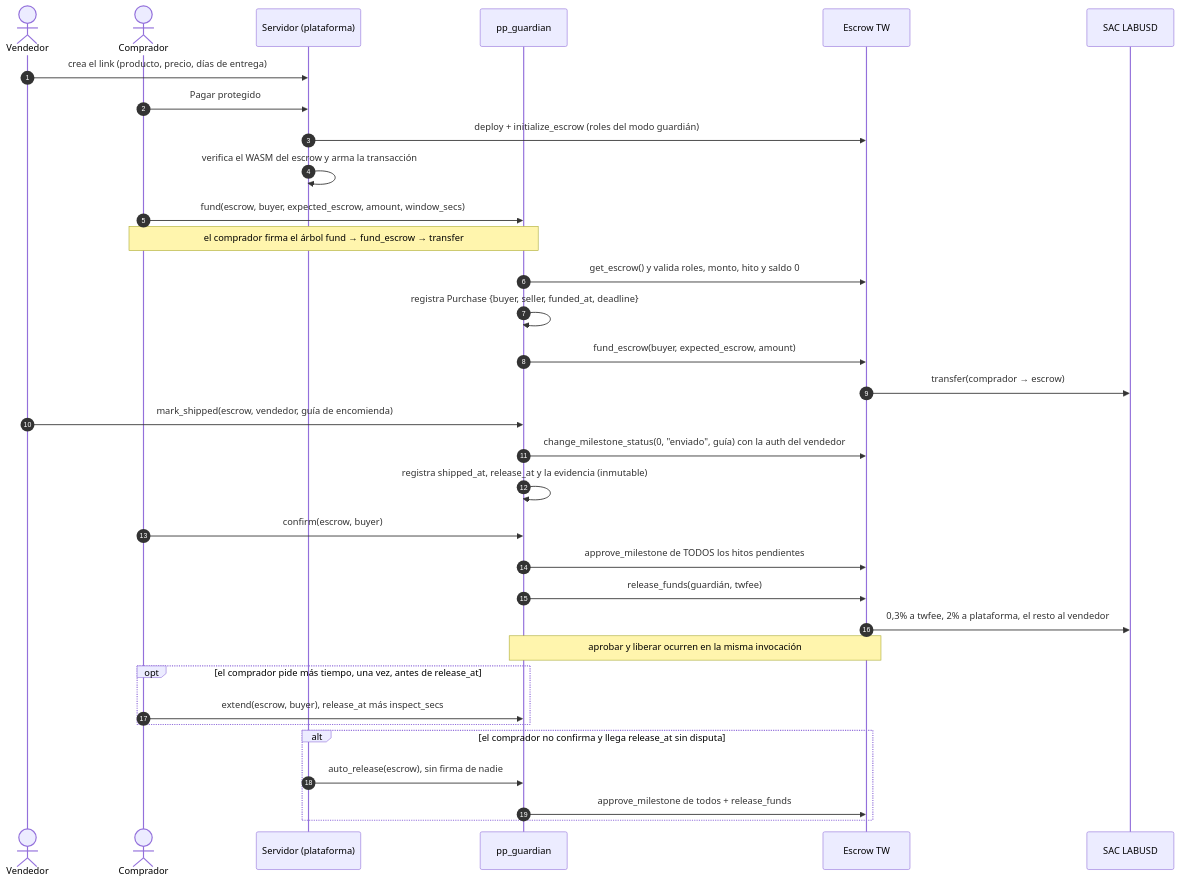
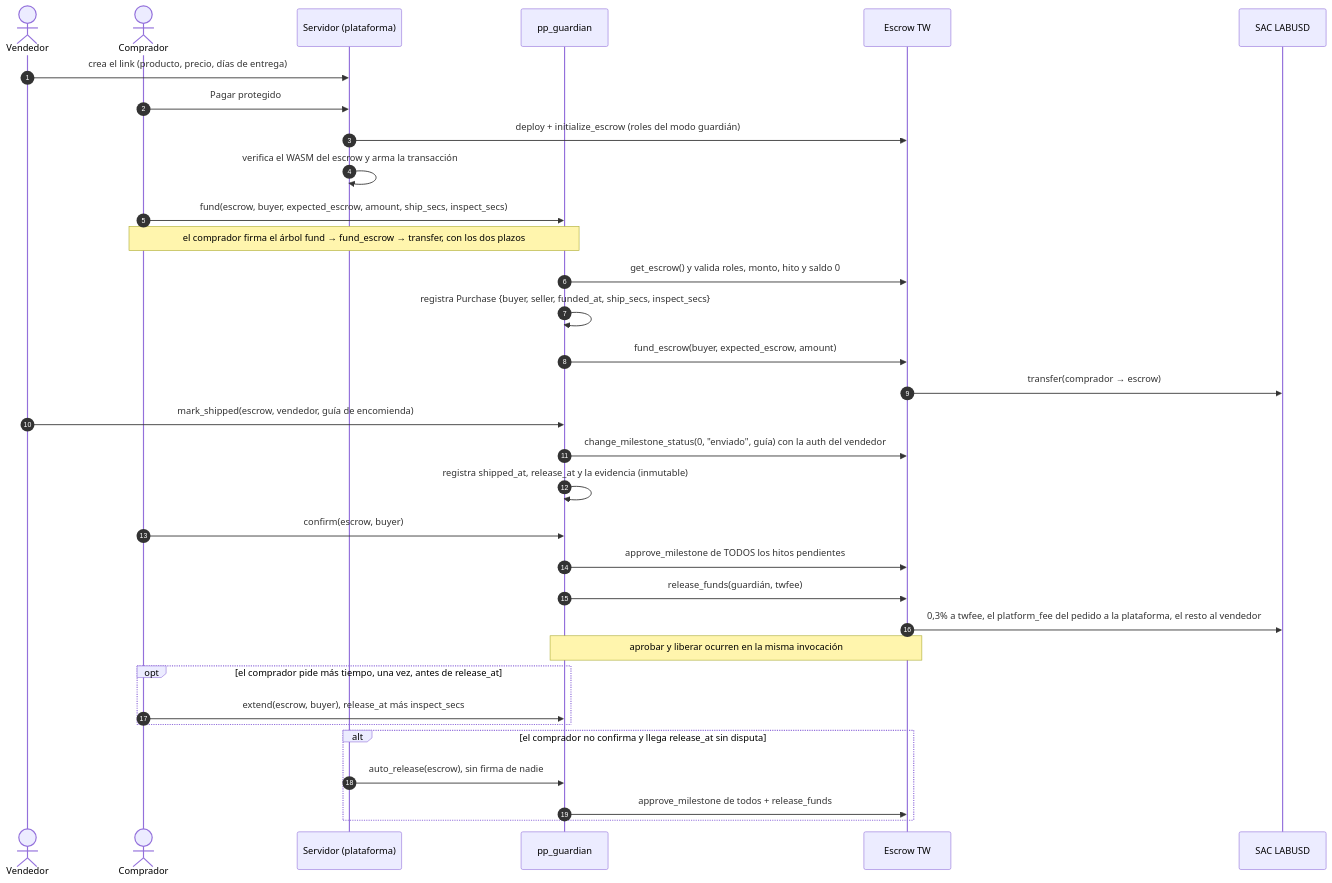
Before and after one commit to haneiva1/pago-protegido: the second of 4 diagrams in docs/ARQUITECTURA.md, drawn with Mermaid. The commit also changed other lines of this file and 17 other files, not shown here.

````diff
--- a/docs/ARQUITECTURA.md
+++ b/docs/ARQUITECTURA.md
@@ -79,35 +79,35 @@
 ```mermaid
 sequenceDiagram
   autonumber
   actor V as Vendedor
   actor C as Comprador
   participant S as Servidor (plataforma)
   participant G as pp_guardian
   participant E as Escrow TW
   participant T as SAC LABUSD
   V->>S: crea el link (producto, precio, días de entrega)
   C->>S: Pagar protegido
   S->>E: deploy + initialize_escrow (roles del modo guardián)
   S->>S: verifica el WASM del escrow y arma la transacción
-  C->>G: fund(escrow, buyer, expected_escrow, amount, window_secs)
-  Note over C,G: el comprador firma el árbol fund → fund_escrow → transfer
+  C->>G: fund(escrow, buyer, expected_escrow, amount, ship_secs, inspect_secs)
+  Note over C,G: el comprador firma el árbol fund → fund_escrow → transfer, con los dos plazos
   G->>E: get_escrow() y valida roles, monto, hito y saldo 0
-  G->>G: registra Purchase {buyer, seller, funded_at, deadline}
+  G->>G: registra Purchase {buyer, seller, funded_at, ship_secs, inspect_secs}
   G->>E: fund_escrow(buyer, expected_escrow, amount)
   E->>T: transfer(comprador → escrow)
   V->>G: mark_shipped(escrow, vendedor, guía de encomienda)
   G->>E: change_milestone_status(0, "enviado", guía) con la auth del vendedor
   G->>G: registra shipped_at, release_at y la evidencia (inmutable)
   C->>G: confirm(escrow, buyer)
   G->>E: approve_milestone de TODOS los hitos pendientes
   G->>E: release_funds(guardián, twfee)
-  E->>T: 0,3% a twfee, 2% a plataforma, el resto al vendedor
+  E->>T: 0,3% a twfee, el platform_fee del pedido a la plataforma, el resto al vendedor
   Note over G,E: aprobar y liberar ocurren en la misma invocación
   opt el comprador pide más tiempo, una vez, antes de release_at
     C->>G: extend(escrow, buyer), release_at más inspect_secs
   end
   alt el comprador no confirma y llega release_at sin disputa
     S->>G: auto_release(escrow), sin firma de nadie
     G->>E: approve_milestone de todos + release_funds
   end
 ```
````
